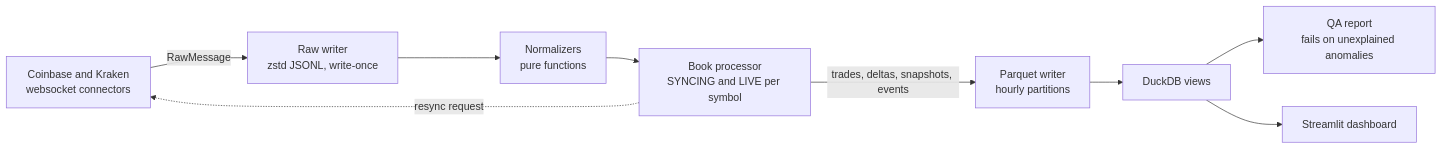
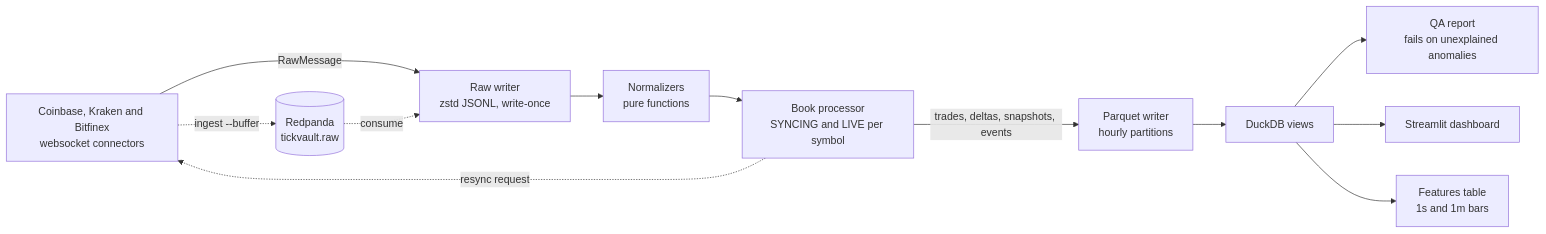
Before and after one commit to broiisapro/tickvault: the diagram in README.md, drawn with Mermaid. The commit also changed other lines of this file, not shown here.

Commit message:
docs(readme): describe Phase 2 features, third venue and buffer

````diff
--- a/README.md
+++ b/README.md
@@ -42,11 +47,13 @@
 ```mermaid
 flowchart LR
-    A[Coinbase and Kraken<br/>websocket connectors] -->|RawMessage| B[Raw writer<br/>zstd JSONL, write-once]
+    A[Coinbase, Kraken and Bitfinex<br/>websocket connectors] -->|RawMessage| B[Raw writer<br/>zstd JSONL, write-once]
+    A -.->|ingest --buffer| K[(Redpanda<br/>tickvault.raw)] -.->|consume| B
     B --> C[Normalizers<br/>pure functions]
     C --> D[Book processor<br/>SYNCING and LIVE per symbol]
     D -->|trades, deltas, snapshots, events| E[Parquet writer<br/>hourly partitions]
     E --> F[DuckDB views]
     F --> G[QA report<br/>fails on unexplained anomalies]
     F --> H[Streamlit dashboard]
+    F --> I[Features table<br/>1s and 1m bars]
     D -.->|resync request| A
 ```
````
